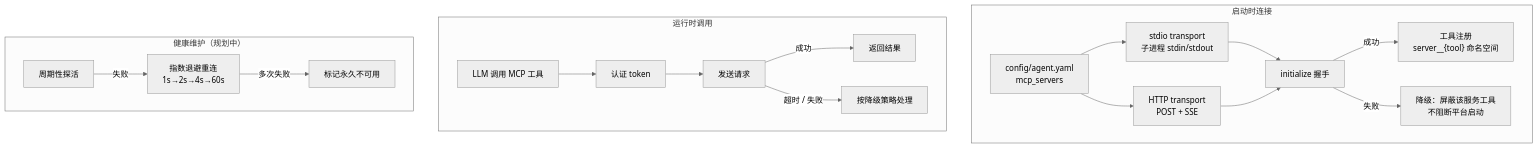
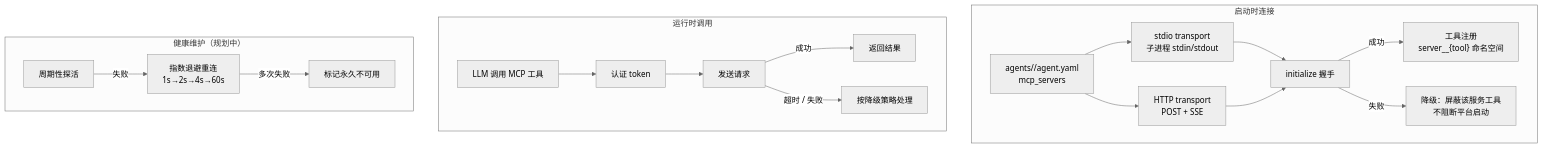
The diagram in docs/capabilities/mcp.md (Summy2104/fleetent), drawn with Mermaid (neutral theme) before and after one commit. The commit also changed other lines of this file and 39 other files, not shown here.

Commit message:
feat(config): split platform and agent layout

````diff
--- a/docs/capabilities/mcp.md
+++ b/docs/capabilities/mcp.md
@@ -22,22 +22,22 @@
 ```mermaid
 flowchart TD
     subgraph conn["启动时连接"]
-        CFG["config/agent.yaml\nmcp_servers"] --> T1["stdio transport\n子进程 stdin/stdout"]
+        CFG["agents/<agent-id>/agent.yaml\nmcp_servers"] --> T1["stdio transport\n子进程 stdin/stdout"]
         CFG --> T2["HTTP transport\nPOST + SSE"]
         T1 & T2 --> INIT[initialize 握手]
         INIT -->|成功| NS["工具注册\nserver__{tool} 命名空间"]
         INIT -->|失败| DEG["降级：屏蔽该服务工具\n不阻断平台启动"]
     end
 
     subgraph runtime["运行时调用"]
         CALL[LLM 调用 MCP 工具] --> AUTH[认证 token]
         AUTH --> REQ[发送请求]
         REQ -->|成功| RET[返回结果]
         REQ -->|"超时 / 失败"| DEG2["按降级策略处理"]
     end
 
     subgraph health["健康维护（规划中）"]
         PING[周期性探活] -->|失败| RECON["指数退避重连\n1s→2s→4s→60s"]
         RECON -->|多次失败| PERM[标记永久不可用]
     end
 ```
````
